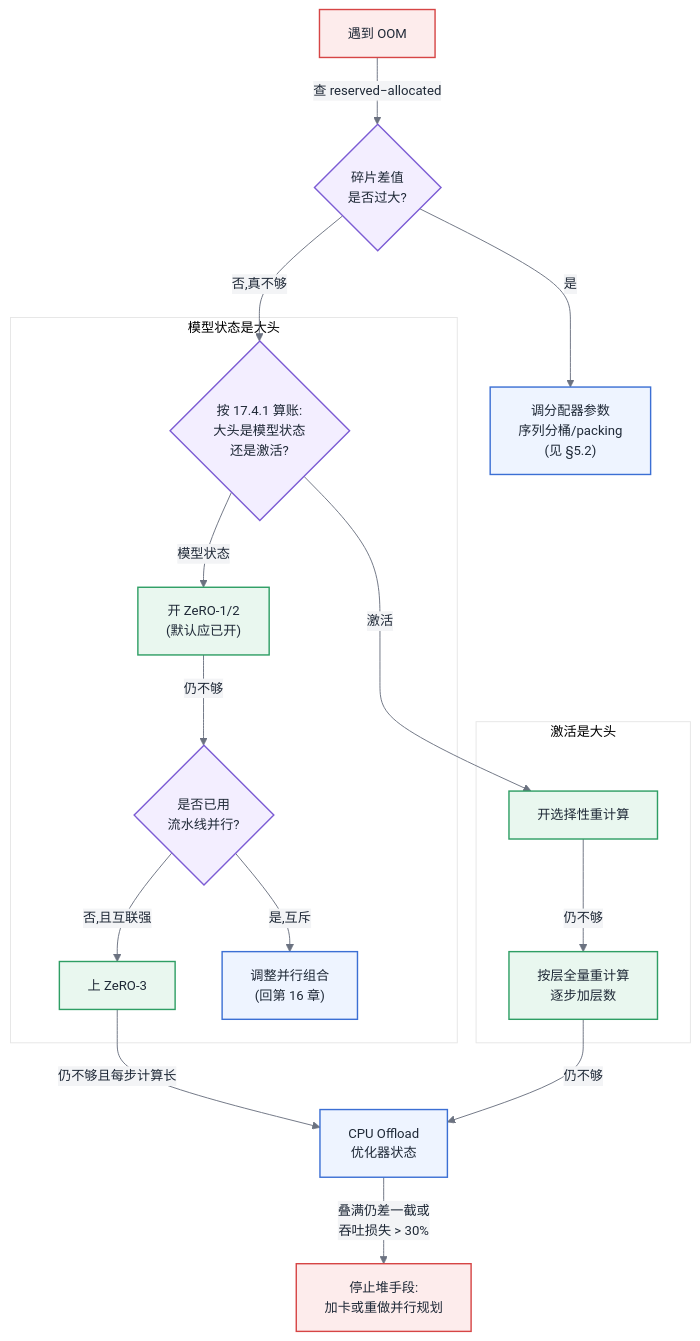
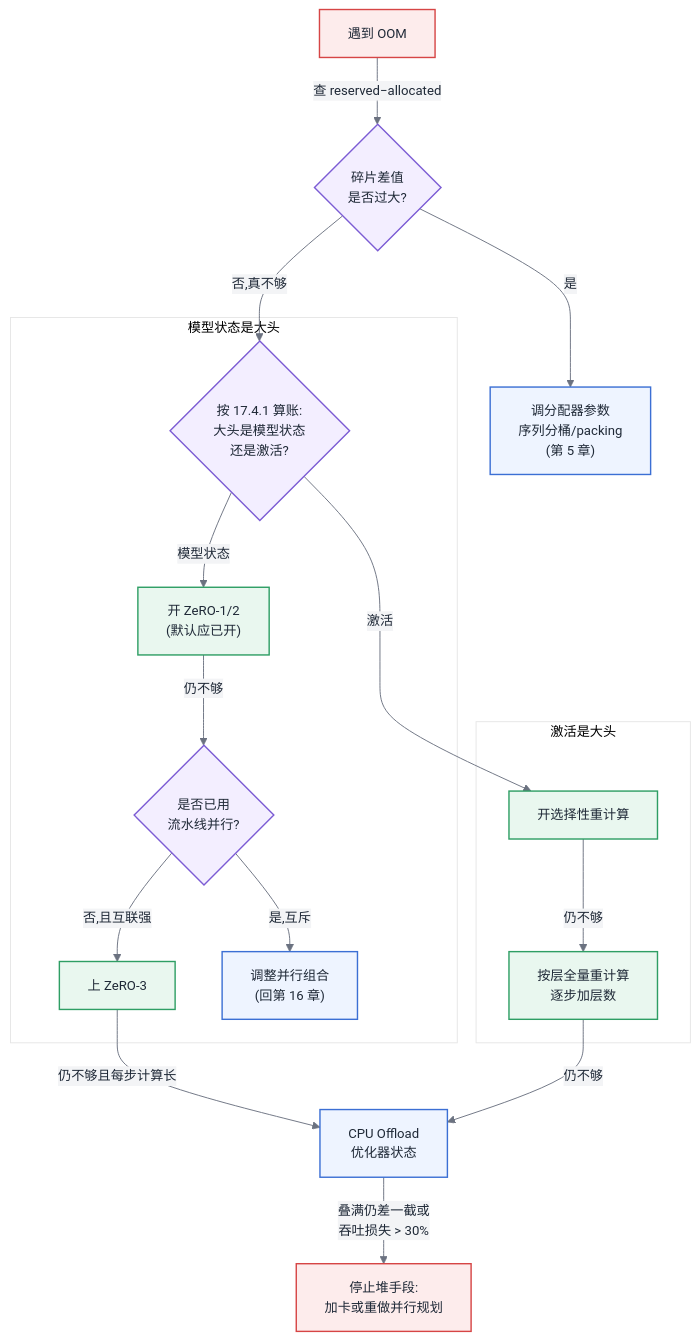
Before and after one commit to cdavid817/AI-Infra: the third of 3 diagrams in 第四部分-训练系统/第17章-显存与训练侧精度机制.md, drawn with Mermaid. The commit also changed 12 other files, not shown here.

Commit message:
mermaid 图内不再出现 §X.Y 小节引用:本章自引删除,跨章引用改为「第 X 章」表述(13 文件 28 处)

````diff
--- a/第四部分-训练系统/第17章-显存与训练侧精度机制.md
+++ b/第四部分-训练系统/第17章-显存与训练侧精度机制.md
@@ -247,32 +247,32 @@
 ```mermaid
 %%{init: {'theme':'base','themeVariables':{
   'primaryColor':'#EEF4FF','primaryBorderColor':'#3B6FD4','primaryTextColor':'#1F2937',
   'secondaryColor':'#F3F4F6','tertiaryColor':'#FFFFFF',
   'lineColor':'#6B7280','fontFamily':'-apple-system, Segoe UI, Helvetica, Arial, sans-serif','fontSize':'14px'
 }}}%%
 flowchart TB
     classDef compute fill:#EEF4FF,stroke:#3B6FD4,stroke-width:1.5px,color:#1F2937
     classDef data fill:#E9F7EF,stroke:#2E9E64,stroke-width:1.5px,color:#1F2937
     classDef ctrl fill:#F3EEFF,stroke:#7C5CD4,stroke-width:1.5px,color:#1F2937
     classDef fault fill:#FDECEC,stroke:#D64545,stroke-width:1.5px,color:#1F2937
 
     S[遇到 OOM]:::fault -->|"查 reserved−allocated"| F{碎片差值<br/>是否过大?}:::ctrl
-    F -->|是| F1["调分配器参数<br/>序列分桶/packing<br/>(见 §5.2)"]:::compute
+    F -->|是| F1["调分配器参数<br/>序列分桶/packing<br/>(第 5 章)"]:::compute
     F -->|否,真不够| A{按 17.4.1 算账:<br/>大头是模型状态<br/>还是激活?}:::ctrl
 
     subgraph 模型状态路线["模型状态是大头"]
         A -->|"模型状态"| B["开 ZeRO-1/2<br/>(默认应已开)"]:::data
         B -->|仍不够| C{"是否已用<br/>流水线并行?"}:::ctrl
         C -->|否,且互联强| D["上 ZeRO-3"]:::data
         C -->|是,互斥| E["调整并行组合<br/>(回第 16 章)"]:::compute
     end
 
     subgraph 激活路线["激活是大头"]
         A -->|"激活"| G["开选择性重计算"]:::data
         G -->|仍不够| H["按层全量重计算<br/>逐步加层数"]:::data
     end
 
     D -->|"仍不够且每步计算长"| I["CPU Offload<br/>优化器状态"]:::compute
     H -->|仍不够| I
     I -->|"叠满仍差一截或<br/>吞吐损失 > 30%"| J["停止堆手段:<br/>加卡或重做并行规划"]:::fault
 ```
````
